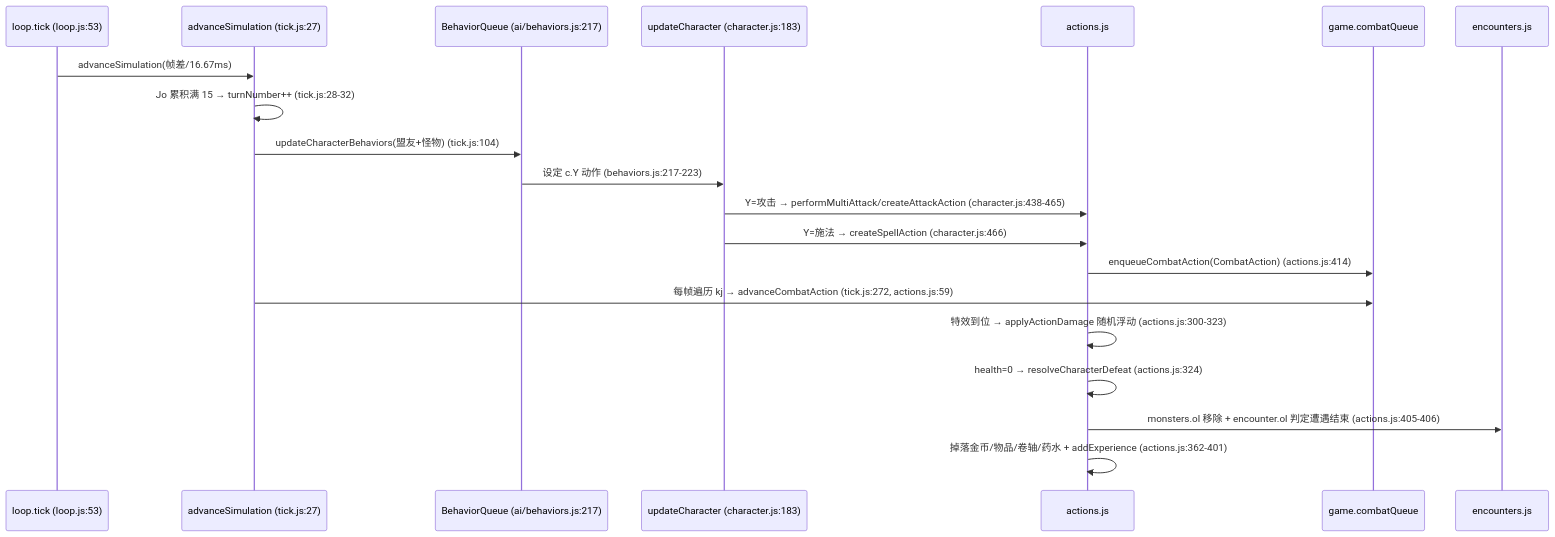
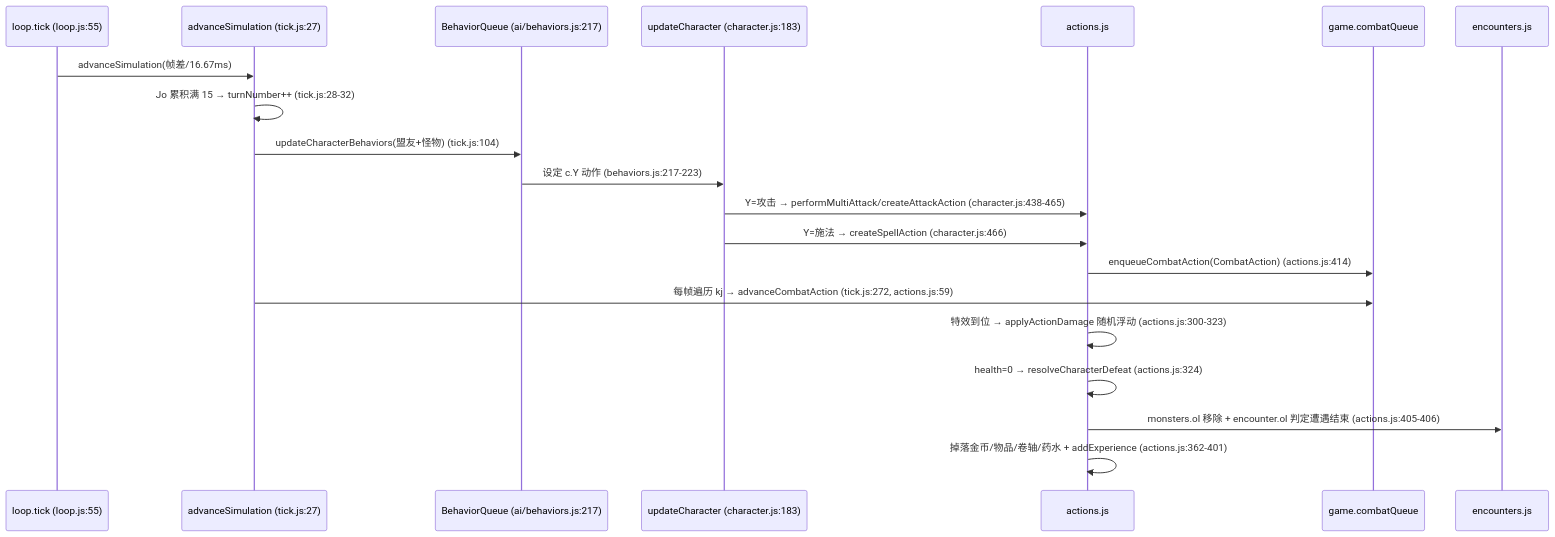
The third of 6 diagrams in docs/architecture.md (TT-106/click), drawn with Mermaid before and after one commit. The commit also changed other lines of this file and 15 other files, not shown here.

````diff
--- a/docs/architecture.md
+++ b/docs/architecture.md
@@ -205,23 +205,23 @@
 ```mermaid
 sequenceDiagram
-    participant L as loop.tick (loop.js:53)
+    participant L as loop.tick (loop.js:55)
     participant T as advanceSimulation (tick.js:27)
     participant B as BehaviorQueue (ai/behaviors.js:217)
     participant C as updateCharacter (character.js:183)
     participant A as actions.js
     participant Q as game.combatQueue
     participant E as encounters.js
 
     L->>T: advanceSimulation(帧差/16.67ms)
     T->>T: Jo 累积满 15 → turnNumber++ (tick.js:28-32)
     T->>B: updateCharacterBehaviors(盟友+怪物) (tick.js:104)
     B->>C: 设定 c.Y 动作 (behaviors.js:217-223)
     C->>A: Y=攻击 → performMultiAttack/createAttackAction (character.js:438-465)
     C->>A: Y=施法 → createSpellAction (character.js:466)
     A->>Q: enqueueCombatAction(CombatAction) (actions.js:414)
     T->>Q: 每帧遍历 kj → advanceCombatAction (tick.js:272, actions.js:59)
     A->>A: 特效到位 → applyActionDamage 随机浮动 (actions.js:300-323)
     A->>A: health=0 → resolveCharacterDefeat (actions.js:324)
     A->>E: monsters.ol 移除 + encounter.ol 判定遭遇结束 (actions.js:405-406)
     A->>A: 掉落金币/物品/卷轴/药水 + addExperience (actions.js:362-401)
 ```
````
